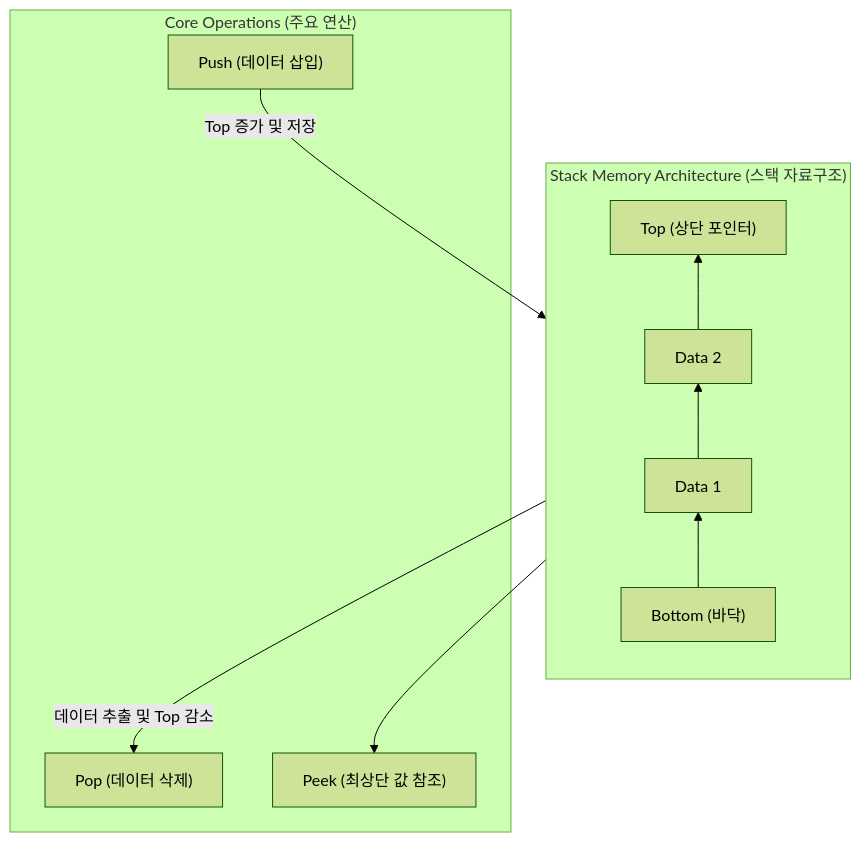
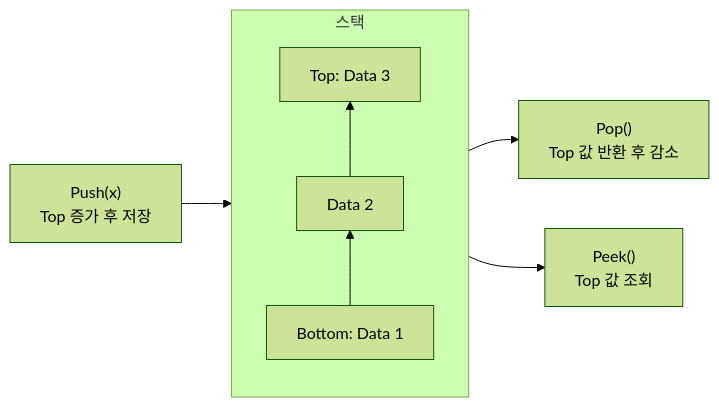
Before and after one commit to supremethumb/supremethumb.github.io: the diagram in content/01_IT Tech/Stack.md, drawn with Mermaid (forest theme). The commit also changed other lines of this file and 1087 other files, not shown here.

````diff
--- a/content/01_IT Tech/Stack.md
+++ b/content/01_IT Tech/Stack.md
@@ -26,16 +34,10 @@
 ```mermaid
-flowchart TD
-    subgraph "Stack Memory Architecture (스택 자료구조)"
+flowchart LR
+    PUSH["Push(x)<br/>Top 증가 후 저장"] --> S
+    subgraph S["스택"]
         direction BT
-        B1["Bottom (바닥)"] --> B2["Data 1"]
-        B2 --> B3["Data 2"]
-        B3 --> Top["Top (상단 포인터)"]
+        B["Bottom: Data 1"] --> M["Data 2"] --> T["Top: Data 3"]
     end
-
-    subgraph "Core Operations (주요 연산)"
-        Push["Push (데이터 삽입)"] -->|Top 증가 및 저장| Top
-        Top -->|데이터 추출 및 Top 감소| Pop["Pop (데이터 삭제)"]
-        Top --> Peek["Peek (최상단 값 참조)"]
-    end
-
+    S --> POP["Pop()<br/>Top 값 반환 후 감소"]
+    S --> PEEK["Peek()<br/>Top 값 조회"]
 ```
````
